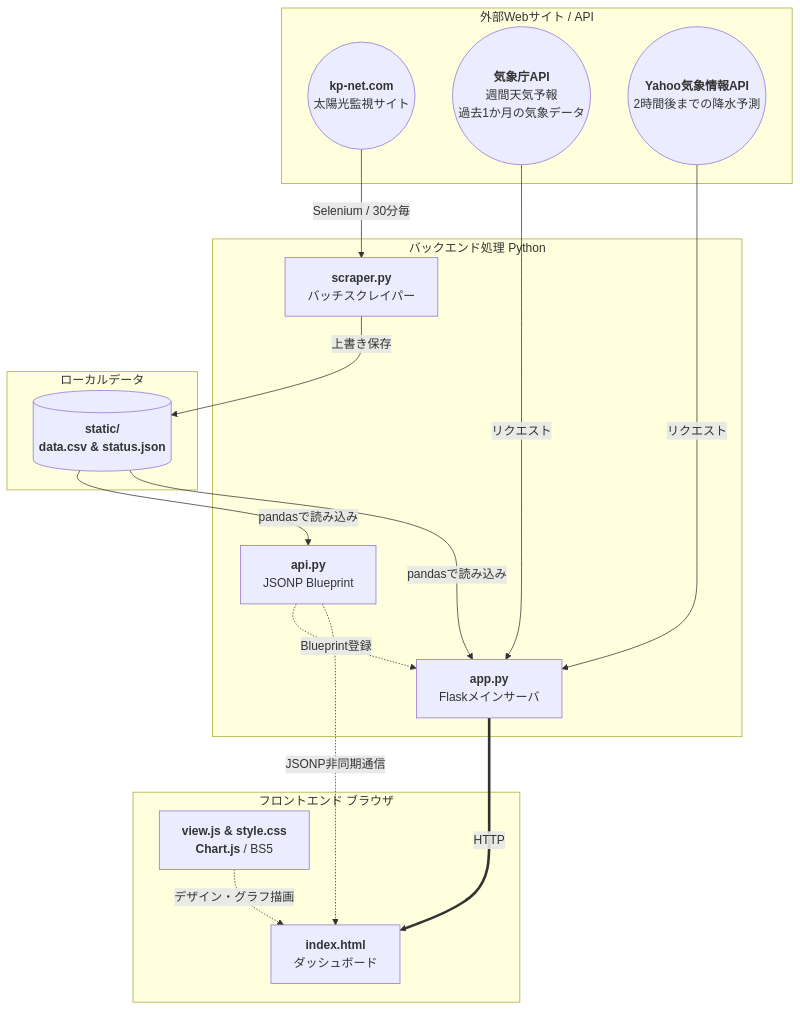
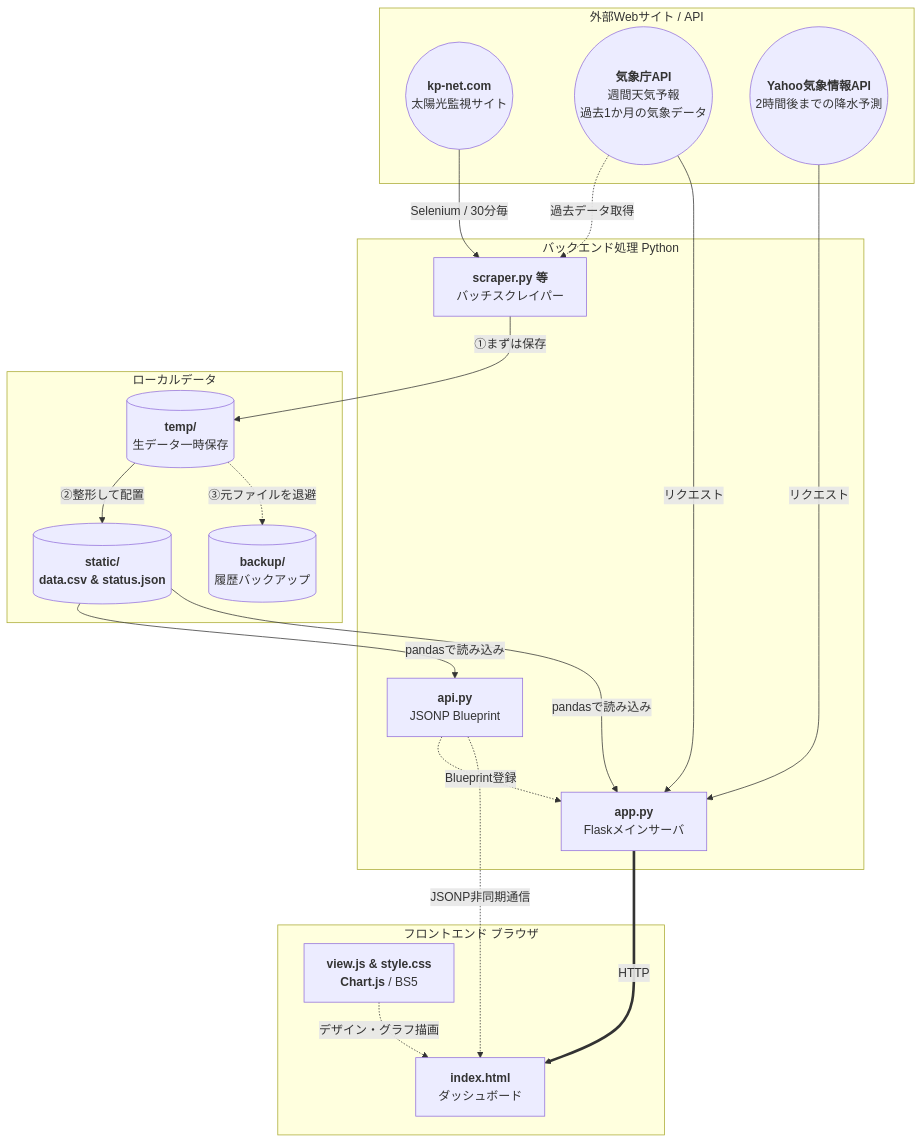
Before and after one commit to ayeci/EPLogger: the diagram in README.md, drawn with Mermaid.

Commit message:
doc READMEのMermaidの図を加筆

````diff
--- a/README.md
+++ b/README.md
@@ -224,41 +224,47 @@
 ```mermaid
 graph TD
     subgraph Web[外部Webサイト / API]
         KPNet((<strong>kp-net.com</strong><br>太陽光監視サイト))
         JMA((<strong>気象庁API</strong><br>週間天気予報<br>過去1か月の気象データ))
         Yahoo((<strong>Yahoo気象情報API</strong><br>2時間後までの降水予測))
     end
 
     subgraph Backend[バックエンド処理 Python]
-        Scraper[<strong>scraper.py</strong><br>バッチスクレイパー]
+        Scraper[<strong>scraper.py 等</strong><br>バッチスクレイパー]
         App[<strong>app.py</strong><br>Flaskメインサーバ]
         API[<strong>api.py</strong><br>JSONP Blueprint]
     end
 
     subgraph Storage[ローカルデータ]
+        Temp[(<strong>temp/</strong><br>生データ一時保存)]
         Data[(<strong>static/<br>data.csv & status.json</strong>)]
+        Backup[(<strong>backup/</strong><br>履歴バックアップ)]
     end
 
     subgraph Frontend[フロントエンド ブラウザ]
         HTML[<strong>index.html</strong><br>ダッシュボード]
         Assets[<strong>view.js & style.css<br>Chart.js</strong> / BS5]
     end
 
-    %% スクレイピングのフロー
+    %% スクレイピングとファイル処理のフロー
     KPNet -->|Selenium / 30分毎| Scraper
-    Scraper -->|上書き保存| Data
+    JMA -.->|過去データ取得| Scraper
+
+    Scraper -->|①まずは保存| Temp
+    Temp -->|②整形して配置| Data
+    Temp -.->|③元ファイルを退避| Backup
 
     %% バックエンドのフロー
     Data -->|pandasで読み込み| API
     Data -->|pandasで読み込み| App
     API -.->|Blueprint登録| App
 
     %% 天気APIのフロー
     JMA -->|リクエスト| App
     Yahoo -->|リクエスト| App
 
     %% 画面表示のフロー
     App ===>|HTTP| HTML
     API -.->|JSONP非同期通信| HTML
     Assets -.->|デザイン・グラフ描画| HTML
 ```
````
